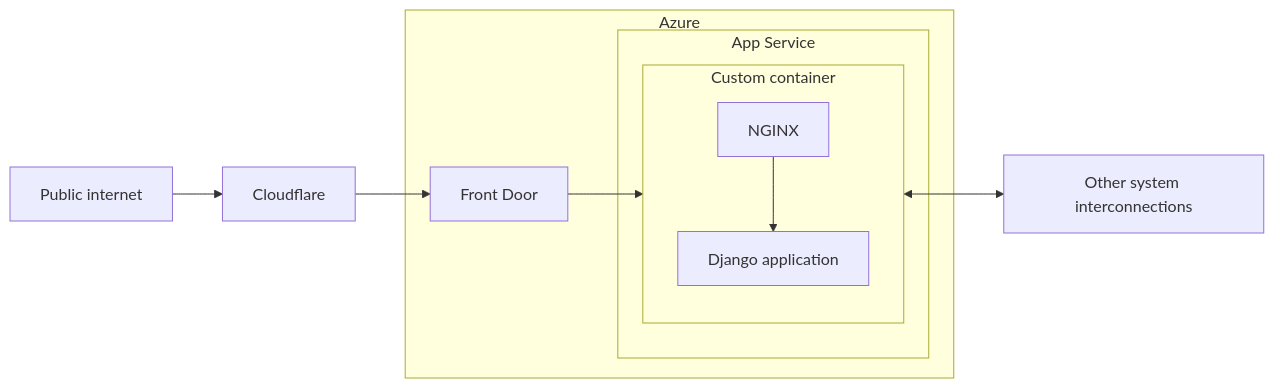
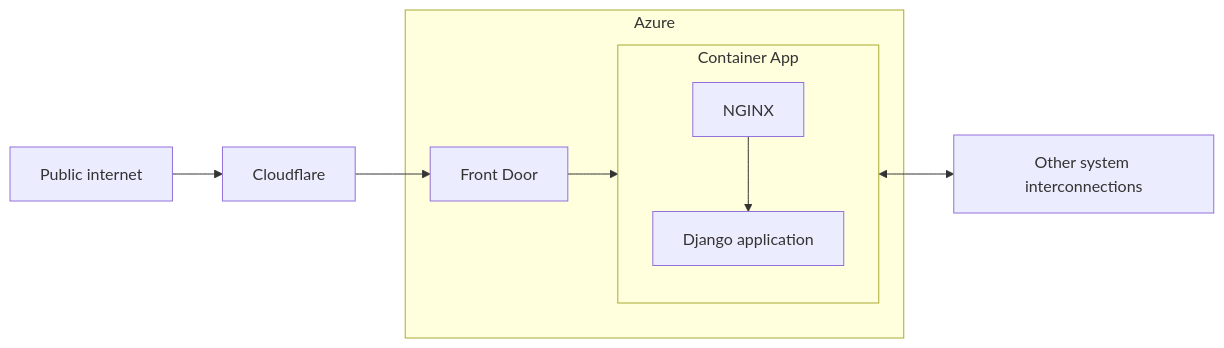
One commit to cal-itp/benefits changed the first of 2 diagrams in docs/explanation/infrastructure.md. Above: the diagram before and after it, drawn with Mermaid. The commit also changed other lines of this file and 9 other files, not shown here.

Commit message:
docs: update remaining app service references

````diff
--- a/docs/explanation/infrastructure.md
+++ b/docs/explanation/infrastructure.md
@@ -48,22 +48,20 @@
 ```mermaid
 flowchart LR
     internet[Public internet]
     frontdoor[Front Door]
     django[Django application]
     interconnections[Other system interconnections]
 
     internet --> Cloudflare
     Cloudflare --> frontdoor
     django <--> interconnections
 
     subgraph Azure
         frontdoor --> NGINX
 
-        subgraph App Service
-            subgraph Custom container
-                direction TB
-                NGINX --> django
-            end
+        subgraph Container App
+            direction TB
+            NGINX --> django
         end
     end
 ```
````
